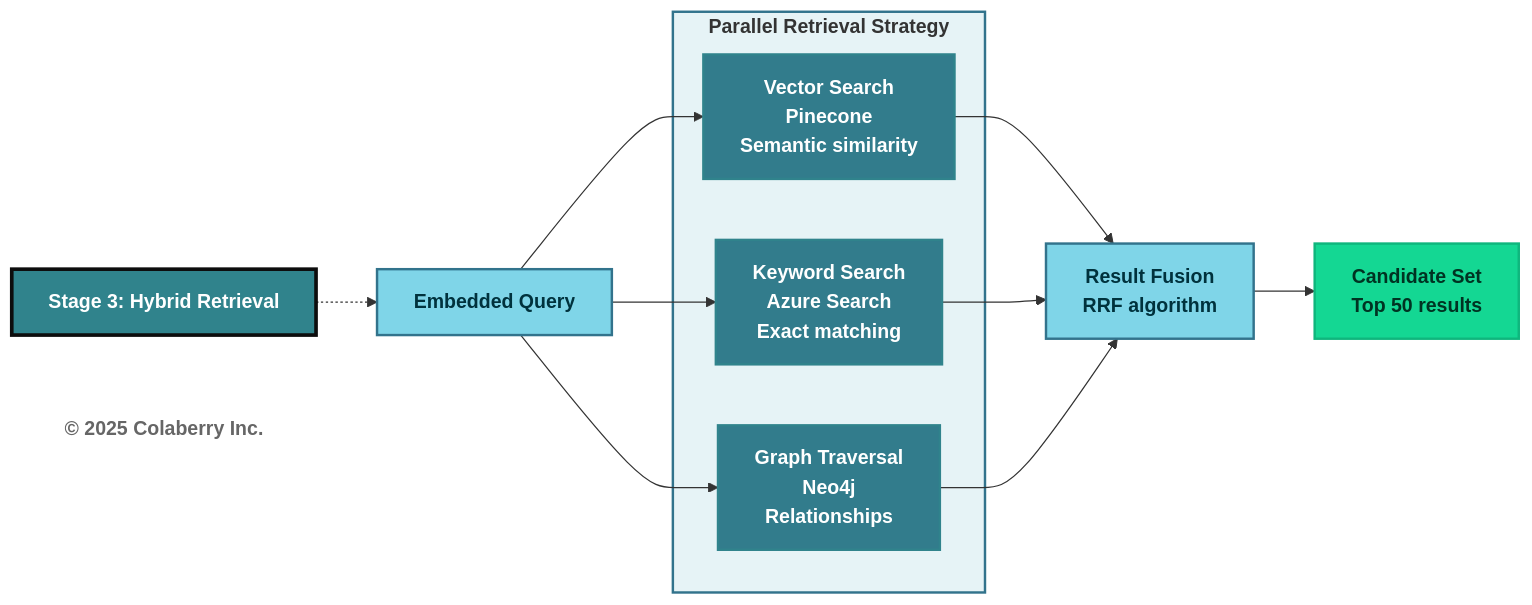
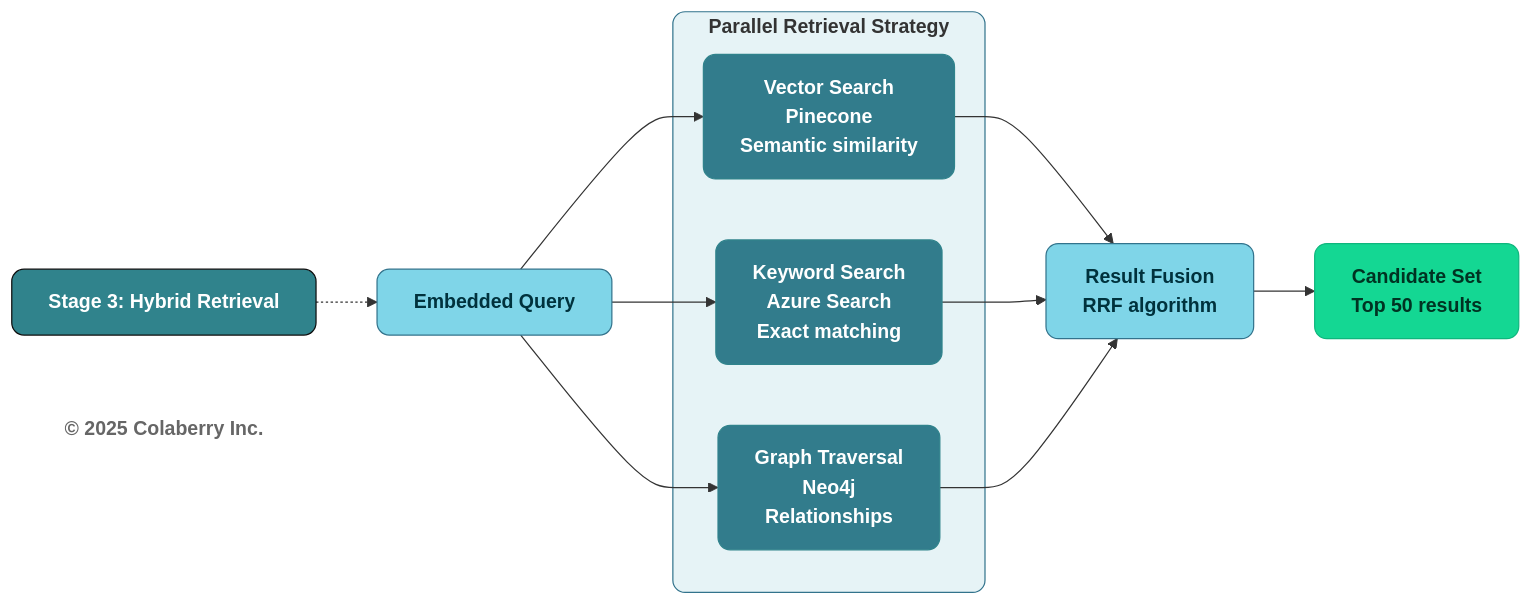
One commit to colaberry/trust-before-intelligence-book changed the eighth of 13 diagrams in manuscript/06_chapter_5_intelligence_layers.md. Above: the diagram before and after it, drawn with Mermaid. The commit also changed other lines of this file and 12 other files, not shown here.

````diff
--- a/manuscript/06_chapter_5_intelligence_layers.md
+++ b/manuscript/06_chapter_5_intelligence_layers.md
@@ -667,37 +667,37 @@
 ```mermaid
 graph LR
     TITLE["<b>Stage 3: Hybrid Retrieval</b>"]
     
     Q["<b>Embedded Query</b>"]
     
     subgraph parallel["<b>Parallel Retrieval Strategy</b>"]
         VEC["<b>Vector Search</b><br/><b>Pinecone</b><br/><b>Semantic similarity</b>"]
         KEY["<b>Keyword Search</b><br/><b>Azure Search</b><br/><b>Exact matching</b>"]
         GRAPH["<b>Graph Traversal</b><br/><b>Neo4j</b><br/><b>Relationships</b>"]
     end
     
     MERGE["<b>Result Fusion</b><br/><b>RRF algorithm</b>"]
     
     OUT["<b>Candidate Set</b><br/><b>Top 50 results</b>"]
     
     TITLE -.-> Q
     Q --> VEC
     Q --> KEY
     Q --> GRAPH
     VEC --> MERGE
     KEY --> MERGE
     GRAPH --> MERGE
     MERGE --> OUT
     
     Copyright["<b>© 2025 Colaberry Inc.</b>"]
     
-    style TITLE fill:#30838C,color:#ffffff,stroke:#0D0D0D,stroke-width:3px
-    style Q fill:#7FD5E8,stroke:#32738C,stroke-width:2px,color:#00323D
-    style parallel fill:#E6F3F6,stroke:#32738C,stroke-width:2px
-    style VEC fill:#327C8C,stroke:#30838C,stroke-width:2px,color:#ffffff
-    style KEY fill:#327C8C,stroke:#30838C,stroke-width:2px,color:#ffffff
-    style GRAPH fill:#327C8C,stroke:#30838C,stroke-width:2px,color:#ffffff
-    style MERGE fill:#7FD5E8,stroke:#32738C,stroke-width:2px,color:#00323D
-    style OUT fill:#14D793,color:#003322,stroke:#0FB67D,stroke-width:2px
-    style Copyright fill:#ffffff,stroke:none,color:#666666
+    style TITLE fill:#30838C,color:#ffffff,stroke:#0D0D0D,stroke-width:1px,rx:10,ry:10
+    style Q fill:#7FD5E8,stroke:#32738C,stroke-width:1px,color:#00323D,rx:10,ry:10
+    style parallel fill:#E6F3F6,stroke:#32738C,stroke-width:1px,rx:10,ry:10
+    style VEC fill:#327C8C,stroke:#30838C,stroke-width:1px,color:#ffffff,rx:10,ry:10
+    style KEY fill:#327C8C,stroke:#30838C,stroke-width:1px,color:#ffffff,rx:10,ry:10
+    style GRAPH fill:#327C8C,stroke:#30838C,stroke-width:1px,color:#ffffff,rx:10,ry:10
+    style MERGE fill:#7FD5E8,stroke:#32738C,stroke-width:1px,color:#00323D,rx:10,ry:10
+    style OUT fill:#14D793,color:#003322,stroke:#0FB67D,stroke-width:1px,rx:10,ry:10
+    style Copyright fill:none,stroke:none,color:#666666
 ```
````
